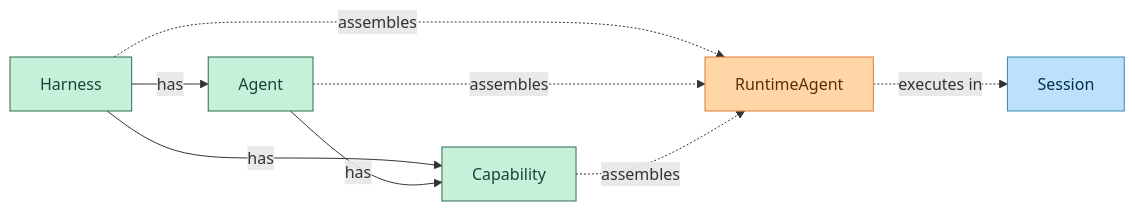
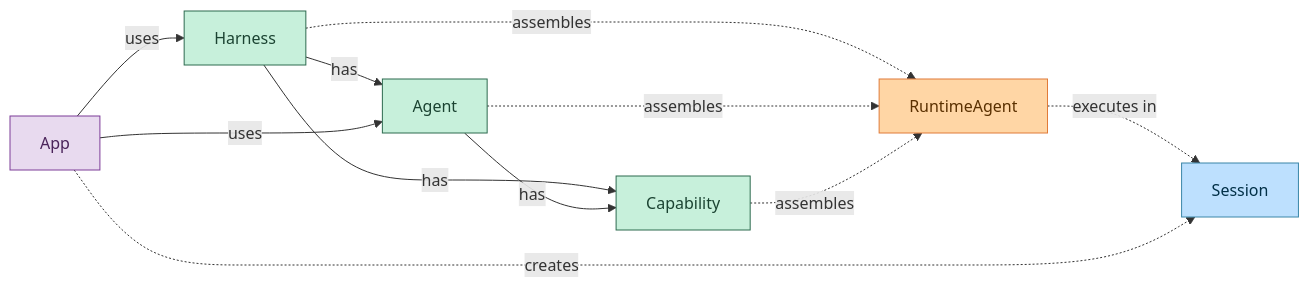
One commit to everruns/everruns changed the first of 4 diagrams in docs/getting-started/concepts.md. Above: the diagram before and after it, drawn with Mermaid. The commit also changed other lines of this file and 3 other files, not shown here.

````diff
--- a/docs/getting-started/concepts.md
+++ b/docs/getting-started/concepts.md
@@ -12,20 +12,26 @@
 ```mermaid
 graph LR
     Harness -->|has| Agent
     Harness -->|has| Capability
     Agent -->|has| Capability
 
     Harness -.->|assembles| RuntimeAgent
     Agent -.->|assembles| RuntimeAgent
     Capability -.->|assembles| RuntimeAgent
 
     RuntimeAgent -.->|executes in| Session
 
+    App -->|uses| Harness
+    App -->|uses| Agent
+    App -.->|creates| Session
+
     classDef config fill:#c7f0db,stroke:#2d6a4f,color:#1b4332
     classDef assembly fill:#ffd6a5,stroke:#e07b39,color:#5a3000
     classDef runtime fill:#bde0fe,stroke:#3a86a8,color:#023047
+    classDef deploy fill:#e8daef,stroke:#7d3c98,color:#4a235a
 
     class Harness,Agent,Capability config
     class RuntimeAgent assembly
     class Session runtime
+    class App deploy
 ```
````
